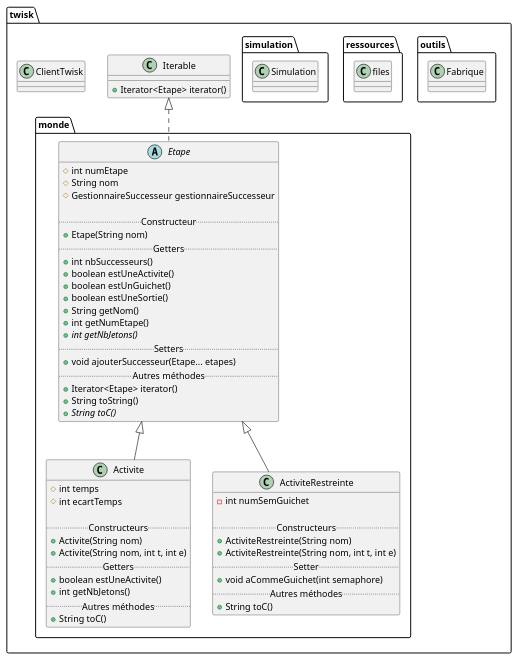
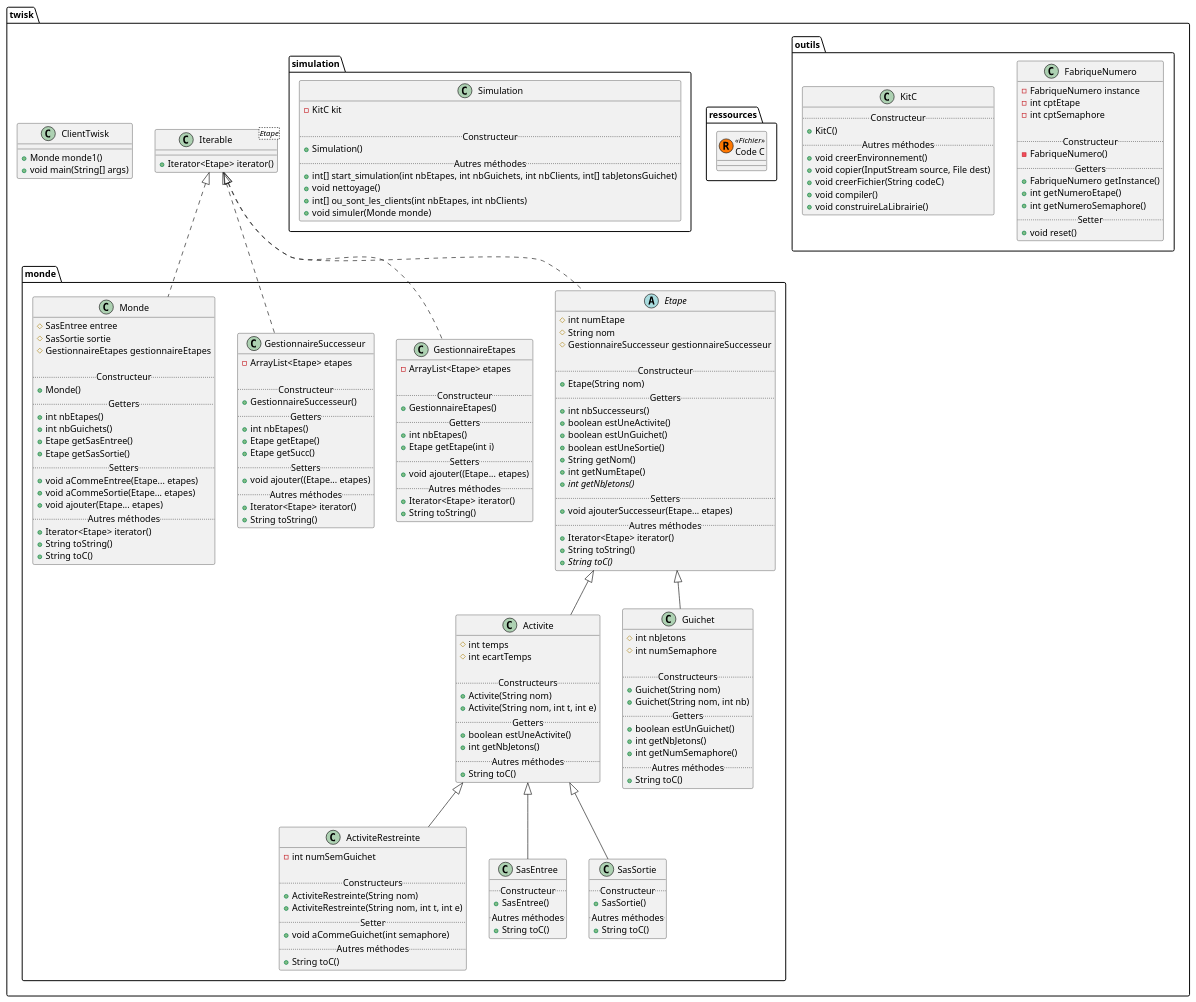
One commit to victord54/twisk changed the diagram in src/twisk/diagram.puml. Above: the diagram before and after it, drawn with PlantUML.

Commit message:
Diagramme de classes fini

```diff
--- a/src/twisk/diagram.puml
+++ b/src/twisk/diagram.puml
@@ -49,31 +49,153 @@
             .. Autres méthodes ..
             + String toC()
         }
+
+        class GestionnaireEtapes {
+            - ArrayList<Etape> etapes
+
+            .. Constructeur ..
+            + GestionnaireEtapes()
+            .. Getters ..
+            + int nbEtapes()
+            + Etape getEtape(int i)
+            .. Setters ..
+            + void ajouter((Etape... etapes)
+            .. Autres méthodes ..
+            + Iterator<Etape> iterator()
+            + String toString()
+        }
+
+        class GestionnaireSuccesseur {
+            - ArrayList<Etape> etapes
+
+            .. Constructeur ..
+            + GestionnaireSuccesseur()
+            .. Getters ..
+            + int nbEtapes()
+            + Etape getEtape()
+            + Etape getSucc()
+            .. Setters ..
+            + void ajouter((Etape... etapes)
+            .. Autres méthodes ..
+            + Iterator<Etape> iterator()
+            + String toString()
+        }
+
+        class Guichet {
+            # int nbJetons
+            # int numSemaphore
+
+            .. Constructeurs ..
+            + Guichet(String nom)
+            + Guichet(String nom, int nb)
+            .. Getters ..
+            + boolean estUnGuichet()
+            + int getNbJetons()
+            + int getNumSemaphore()
+            .. Autres méthodes ..
+            + String toC()
+        }
+
+        class Monde {
+            # SasEntree entree
+            # SasSortie sortie
+            # GestionnaireEtapes gestionnaireEtapes
+
+            .. Constructeur ..
+            + Monde()
+            .. Getters ..
+            + int nbEtapes()
+            + int nbGuichets()
+            + Etape getSasEntree()
+            + Etape getSasSortie()
+            .. Setters ..
+            + void aCommeEntree(Etape... etapes)
+            + void aCommeSortie(Etape... etapes)
+            + void ajouter(Etape... etapes)
+            .. Autres méthodes ..
+            + Iterator<Etape> iterator()
+            + String toString()
+            + String toC()
+        }
+
+        class SasEntree {
+            .. Constructeur ..
+            + SasEntree()
+            .. Autres méthodes ..
+            + String toC()
+        }
+
+        class SasSortie {
+            .. Constructeur ..
+            + SasSortie()
+            .. Autres méthodes ..
+            + String toC()
+        }
     }
 
     package outils {
-        class Fabrique {
+        class FabriqueNumero {
+            - FabriqueNumero instance
+            - int cptEtape
+            - int cptSemaphore
+
+            .. Constructeur ..
+            - FabriqueNumero()
+            .. Getters ..
+            + FabriqueNumero getInstance()
+            + int getNumeroEtape()
+            + int getNumeroSemaphore()
+            .. Setter ..
+            + void reset()
+        }
+
+        class KitC {
+            .. Constructeur ..
+            + KitC()
+            .. Autres méthodes ..
+            + void creerEnvironnement()
+            + void copier(InputStream source, File dest)
+            + void creerFichier(String codeC)
+            + void compiler()
+            + void construireLaLibrairie()
         }
     }
 
     package ressources {
-        class files
-        }
+        class "Code C" << (R,#FF7700) Fichier >>
+    }
 
     package simulation {
         class Simulation {
+            - KitC kit
+
+            .. Constructeur ..
+            + Simulation()
+            .. Autres méthodes ..
+            + int[] start_simulation(int nbEtapes, int nbGuichets, int nbClients, int[] tabJetonsGuichet)
+            + void nettoyage()
+            + int[] ou_sont_les_clients(int nbEtapes, int nbClients)
+            + void simuler(Monde monde)
         }
     }
 
     class ClientTwisk {
+        + Monde monde1()
+        + void main(String[] args)
     }
 
-    class Iterable {
-    + Iterator<Etape> iterator()
+    class Iterable<Etape> {
+        + Iterator<Etape> iterator()
     }
 }
 
 Etape .up.|> Iterable
 Activite -up-|> Etape
-ActiviteRestreinte -up-|> Etape
+ActiviteRestreinte -up-|> Activite
+GestionnaireEtapes .up.|> Iterable
+GestionnaireSuccesseur .up.|> Iterable
+Guichet -up-|> Etape
+Monde .up.|> Iterable
+SasEntree -up-|> Activite
+SasSortie -up-|> Activite
 @enduml
```
